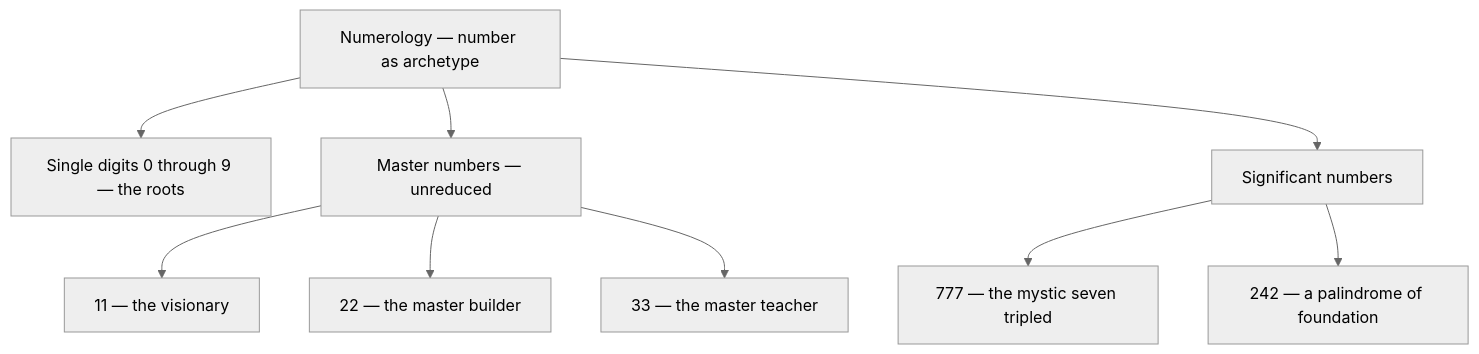
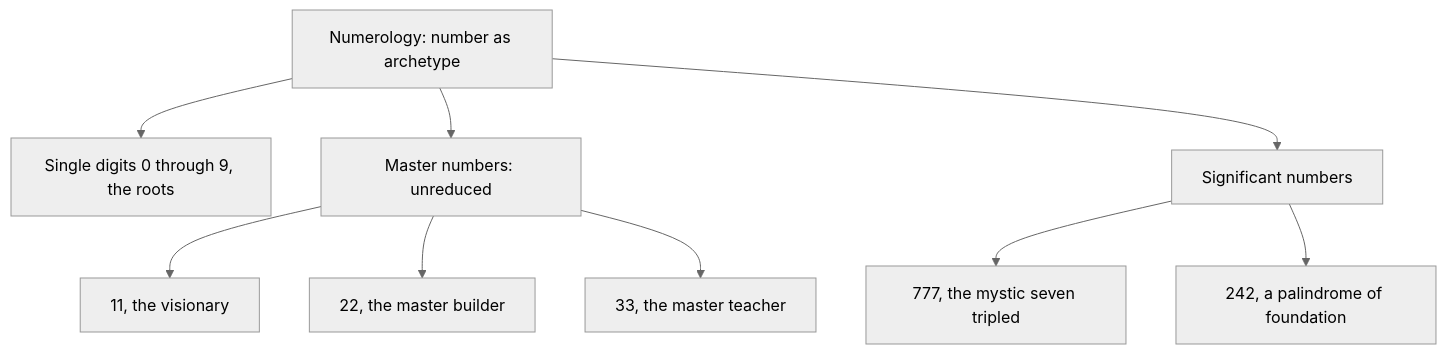
One commit to kennethreitz/kennethreitz.org changed the diagram in data/knowledge/numerology/index.md. Above: the diagram before and after it, drawn with Mermaid (neutral theme). The commit also changed other lines of this file and 879 other files, not shown here.

````diff
--- a/data/knowledge/numerology/index.md
+++ b/data/knowledge/numerology/index.md
@@ -16,12 +16,12 @@
 ```mermaid
 flowchart TD
-    NUM["Numerology — number as archetype"]
-    NUM --> DIGITS["Single digits 0 through 9 — the roots"]
-    NUM --> MASTER["Master numbers — unreduced"]
+    NUM["Numerology: number as archetype"]
+    NUM --> DIGITS["Single digits 0 through 9, the roots"]
+    NUM --> MASTER["Master numbers: unreduced"]
     NUM --> SIG["Significant numbers"]
-    MASTER --> M11["11 — the visionary"]
-    MASTER --> M22["22 — the master builder"]
-    MASTER --> M33["33 — the master teacher"]
-    SIG --> S777["777 — the mystic seven tripled"]
-    SIG --> S242["242 — a palindrome of foundation"]
+    MASTER --> M11["11, the visionary"]
+    MASTER --> M22["22, the master builder"]
+    MASTER --> M33["33, the master teacher"]
+    SIG --> S777["777, the mystic seven tripled"]
+    SIG --> S242["242, a palindrome of foundation"]
 ```
````
